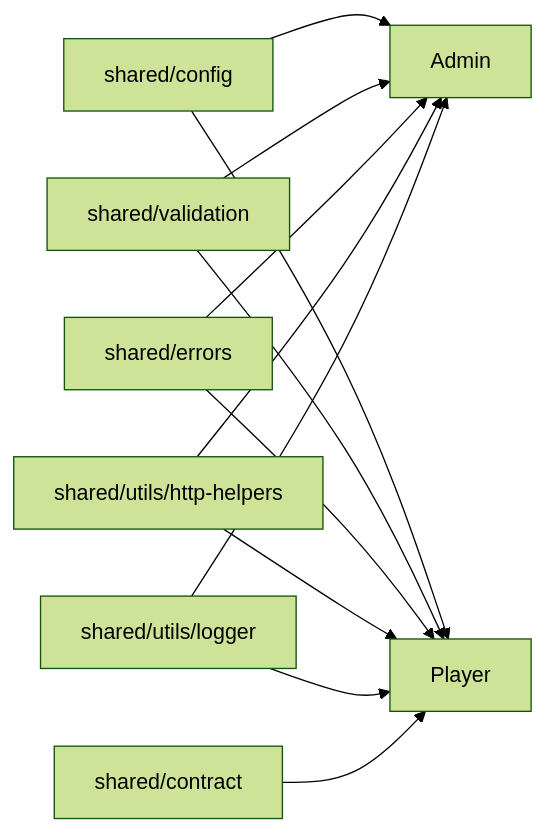
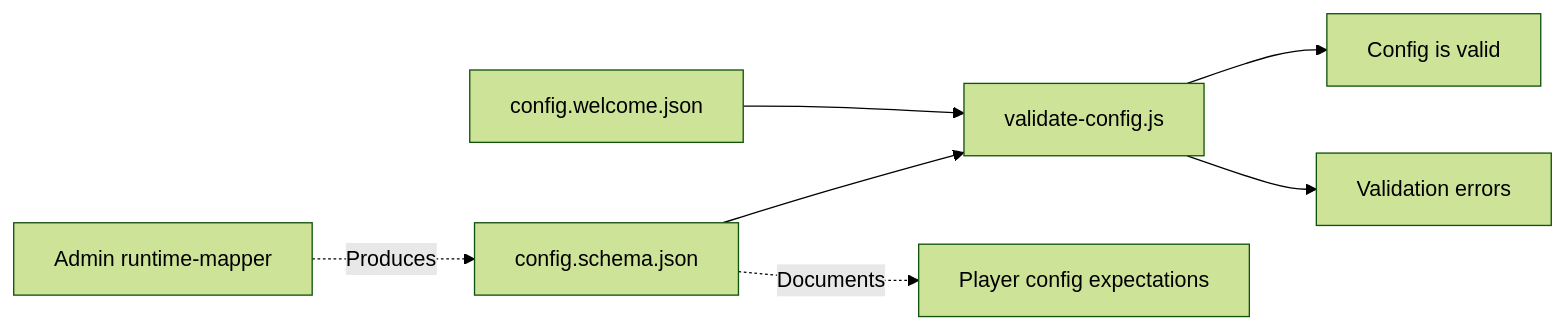
One commit to fergouchyahya/IDS changed the third of 3 diagrams in docs/architecture/shared.md. Above: the diagram before and after it, drawn with Mermaid (forest theme). The commit also changed other lines of this file and 14 other files, not shown here.

````diff
--- a/docs/architecture/shared.md
+++ b/docs/architecture/shared.md
@@ -77,14 +166,10 @@
 ```mermaid
 flowchart LR
-    Config[shared/config] --> Admin
-    Config --> Player
-    Validation[shared/validation] --> Admin
-    Validation --> Player
-    Errors[shared/errors] --> Admin
-    Errors --> Player
-    HTTP[shared/utils/http-helpers] --> Admin
-    HTTP --> Player
-    Logger[shared/utils/logger] --> Admin
-    Logger --> Player
-    Contract[shared/contract] --> Player
+    Schema[config.schema.json] --> Validate[validate-config.js]
+    Example[config.welcome.json] --> Validate
+    Validate --> Pass[Config is valid]
+    Validate --> Fail[Validation errors]
+
+    Schema -.->|Documents| Player[Player config expectations]
+    Admin[Admin runtime-mapper] -.->|Produces| Schema
 ```
````
